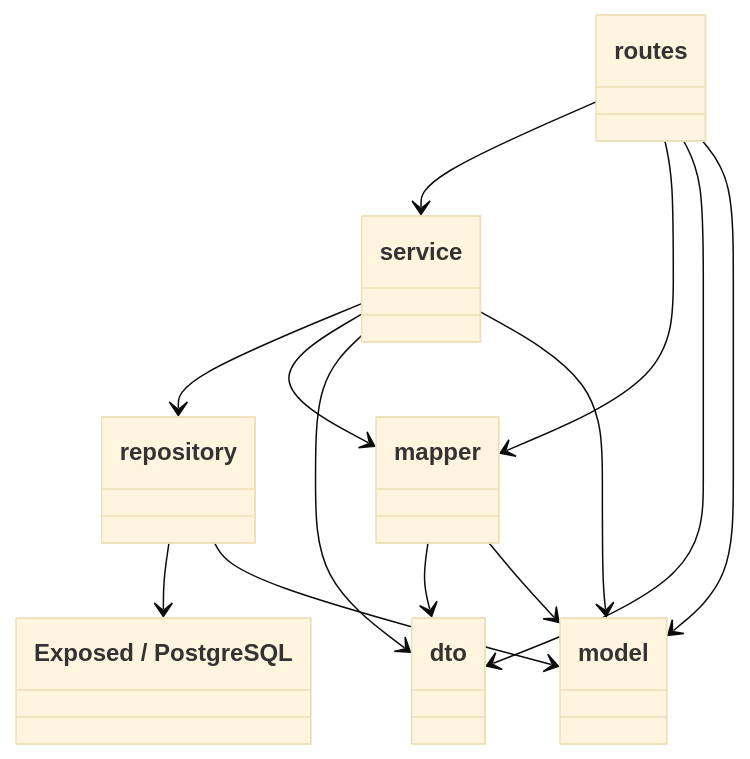
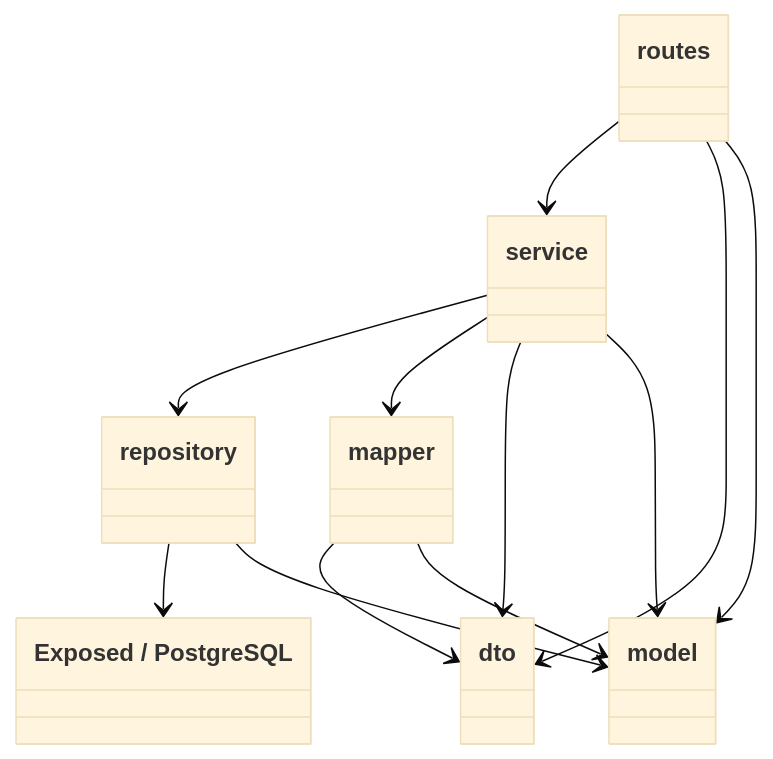
The first of 4 diagrams in docs/engineering/architecture/BACKEND_ARCHITECTURE.md (cybergrouch/skopeo), drawn with Mermaid (base theme) before and after one commit. The commit also changed other lines of this file and 2 other files, not shown here.

First line of the commit message:
refactor: enforce routes↛mapper + update layering diagrams

````diff
--- a/docs/engineering/architecture/BACKEND_ARCHITECTURE.md
+++ b/docs/engineering/architecture/BACKEND_ARCHITECTURE.md
@@ -109,22 +113,21 @@
 ```mermaid
 classDiagram
     class routes
     class service
     class mapper
     class repository
     class dto
     class model
     class DB["Exposed / PostgreSQL"]
     routes --> service
-    routes --> mapper
     routes --> dto
     service --> repository
     service --> mapper
     service --> dto
     mapper --> dto
     mapper --> model
     repository --> DB
     routes --> model
     service --> model
     repository --> model
 ```
````
